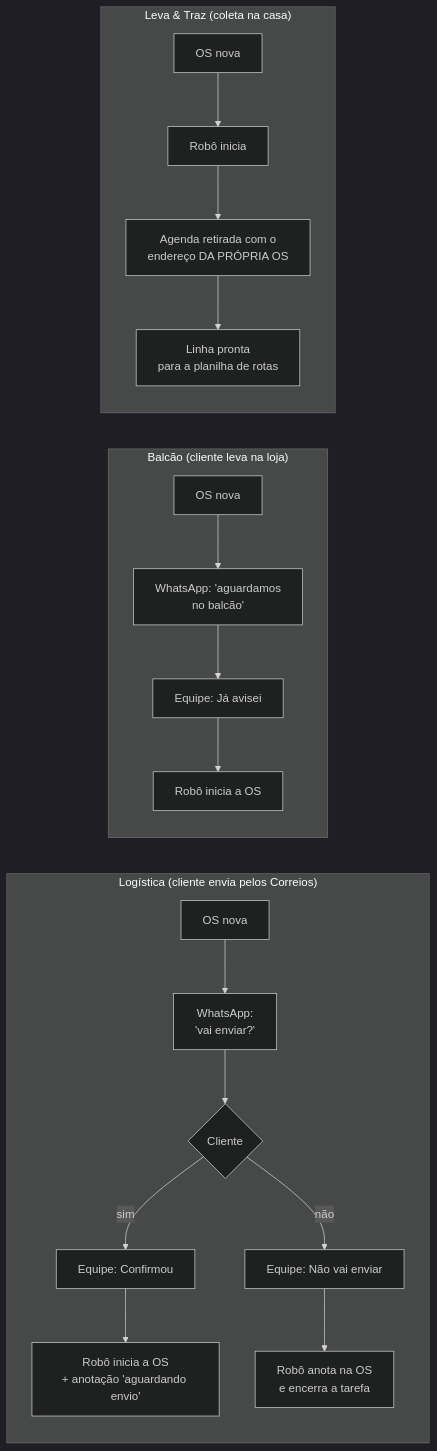
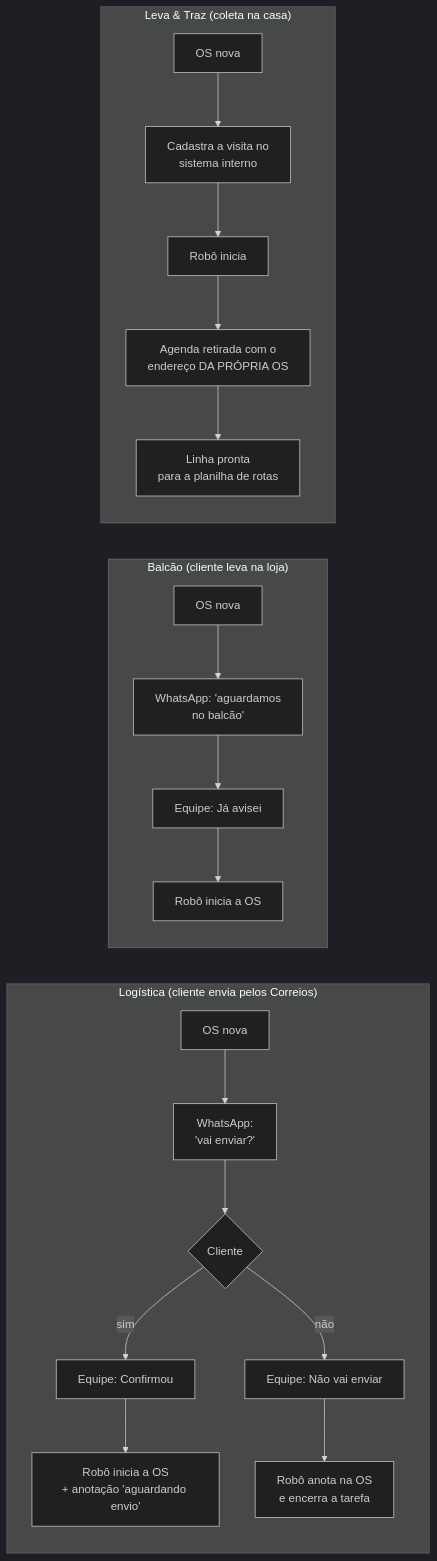
The third of 6 diagrams in README.md (sauleromorales/robo-prestador), drawn with Mermaid (dark theme) before and after one commit. The commit also changed other lines of this file, not shown here.

Commit message:
README: etiqueta automática, impressão, recarga Pix, sistema interno e robustez

````diff
--- a/README.md
+++ b/README.md
@@ -117,14 +129,14 @@
 ```mermaid
 flowchart LR
     subgraph LOG["Logística (cliente envia pelos Correios)"]
         L1[OS nova] --> L2[WhatsApp:<br/>'vai enviar?'] --> L3{Cliente}
         L3 -- sim --> L4[Equipe: Confirmou] --> L5[Robô inicia a OS<br/>+ anotação 'aguardando envio']
         L3 -- não --> L6[Equipe: Não vai enviar] --> L7[Robô anota na OS<br/>e encerra a tarefa]
     end
     subgraph BAL["Balcão (cliente leva na loja)"]
         B1[OS nova] --> B2[WhatsApp: 'aguardamos<br/>no balcão'] --> B3[Equipe: Já avisei] --> B4[Robô inicia a OS]
     end
     subgraph LT["Leva & Traz (coleta na casa)"]
-        T1[OS nova] --> T2[Robô inicia] --> T3[Agenda retirada com o<br/>endereço DA PRÓPRIA OS] --> T4[Linha pronta<br/>para a planilha de rotas]
+        T1[OS nova] --> T0[Cadastra a visita no<br/>sistema interno] --> T2[Robô inicia] --> T3[Agenda retirada com o<br/>endereço DA PRÓPRIA OS] --> T4[Linha pronta<br/>para a planilha de rotas]
     end
 ```
````
